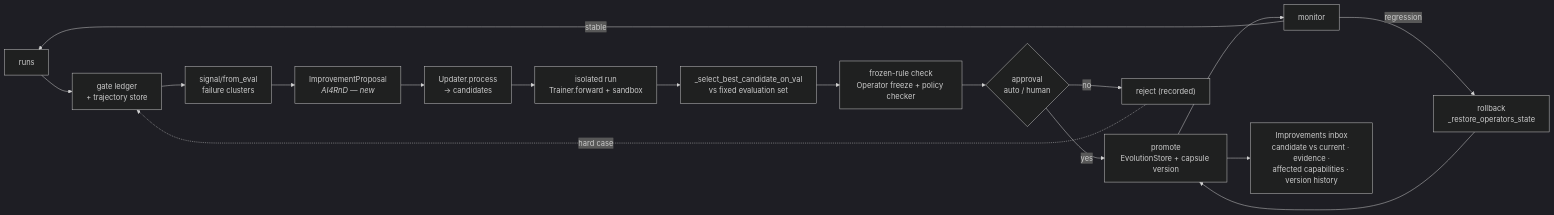
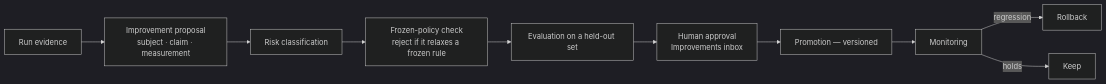
One commit to suraj-subrahmanyan/jiuwenswarm changed the second of 2 diagrams in docs/analysis/ai4rnd-jiuwenswarm/08-recommended-architecture.md. Above: the diagram before and after it, drawn with Mermaid (dark theme). The commit also changed other lines of this file and 48 other files, not shown here.

````diff
--- a/docs/analysis/ai4rnd-jiuwenswarm/08-recommended-architecture.md
+++ b/docs/analysis/ai4rnd-jiuwenswarm/08-recommended-architecture.md
@@ -141,18 +221,12 @@
 ```mermaid
 flowchart LR
-    RUN["runs"] --> LED["gate ledger<br/>+ trajectory store"]
-    LED --> SIG["signal/from_eval<br/>failure clusters"]
-    SIG --> PROP["ImprovementProposal<br/><i>AI4RnD — new</i>"]
-    PROP --> CAND["Updater.process<br/>→ candidates"]
-    CAND --> ISO["isolated run<br/>Trainer.forward + sandbox"]
-    ISO --> SEL["_select_best_candidate_on_val<br/>vs fixed evaluation set"]
-    SEL --> FRZ["frozen-rule check<br/>Operator freeze + policy checker"]
-    FRZ --> APP{"approval<br/>auto / human"}
-    APP -->|yes| PROMO["promote<br/>EvolutionStore + capsule version"]
-    APP -->|no| REJ["reject (recorded)"]
-    PROMO --> MON["monitor"] -->|regression| RB["rollback<br/>_restore_operators_state"]
-    RB --> PROMO
-    MON -->|stable| RUN
-    REJ -.->|hard case| LED
-    PROMO --> INBOX["Improvements inbox<br/>candidate vs current · evidence ·<br/>affected capabilities · version history"]
+    S["Run evidence"] --> P["Improvement proposal<br/>subject · claim · measurement"]
+    P --> R["Risk classification"]
+    R --> F["Frozen-policy check<br/>reject if it relaxes a frozen rule"]
+    F --> E["Evaluation on a held-out set"]
+    E --> A["Human approval<br/>Improvements inbox"]
+    A --> PR["Promotion — versioned"]
+    PR --> M["Monitoring"]
+    M -->|regression| RB["Rollback"]
+    M -->|holds| K["Keep"]
 ```
````
